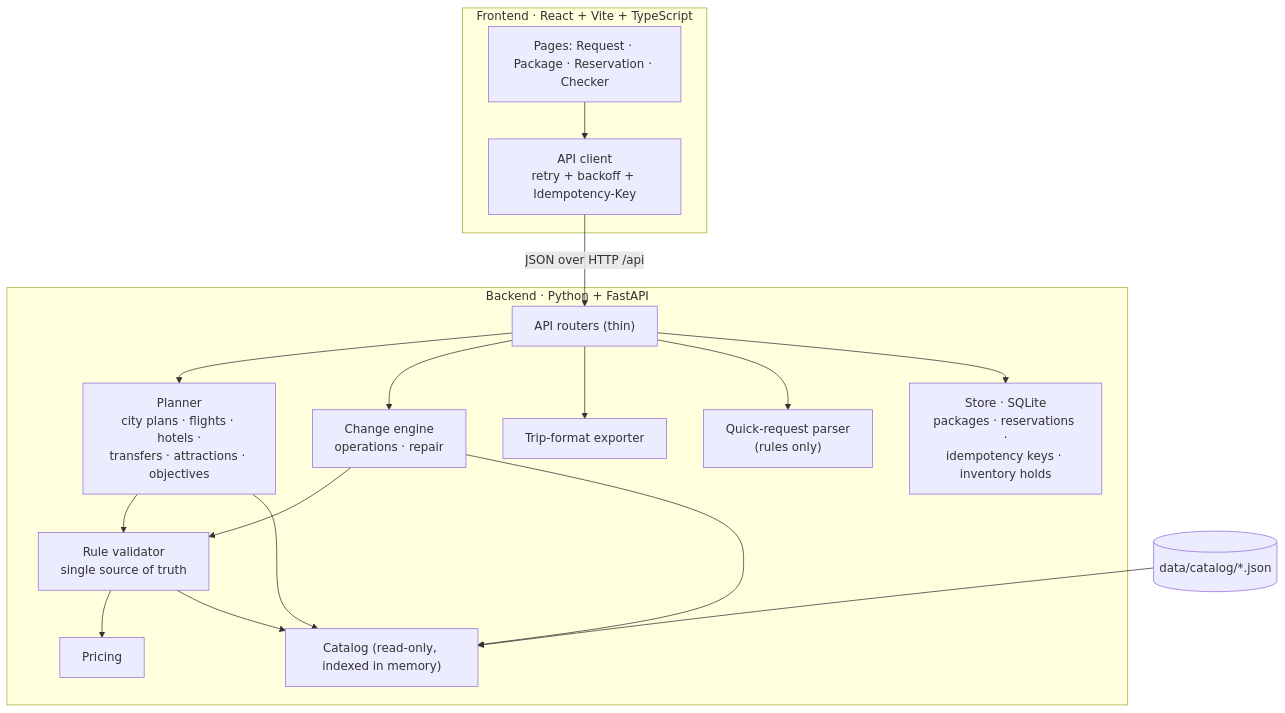
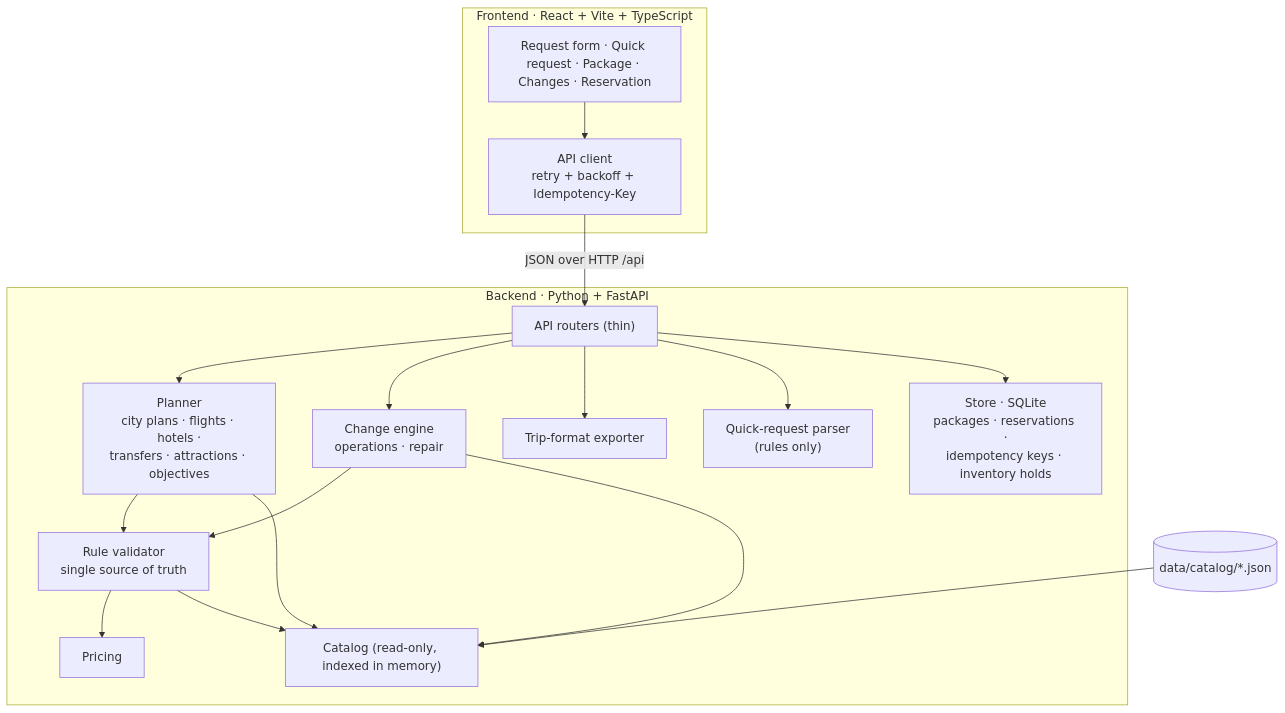
Before and after one commit to Shevilll/NeuroNix-Hackcellence: the second of 2 diagrams in README.md, drawn with Mermaid. The commit also changed other lines of this file, not shown here.

````diff
--- a/README.md
+++ b/README.md
@@ -124,29 +124,29 @@
 ```mermaid
 flowchart TB
     subgraph FE["Frontend · React + Vite + TypeScript"]
-        UI["Pages: Request · Package · Reservation · Checker"]
+        UI["Request form · Quick request · Package · Changes · Reservation"]
         CL["API client<br/>retry + backoff + Idempotency-Key"]
         UI --> CL
     end
 
     subgraph BE["Backend · Python + FastAPI"]
         API["API routers (thin)"]
         PL["Planner<br/>city plans · flights · hotels ·<br/>transfers · attractions · objectives"]
         CH["Change engine<br/>operations · repair"]
         RV["Rule validator<br/>single source of truth"]
         PR["Pricing"]
         EX["Trip-format exporter"]
         QP["Quick-request parser<br/>(rules only)"]
         CAT["Catalog (read-only, indexed in memory)"]
         ST["Store · SQLite<br/>packages · reservations ·<br/>idempotency keys · inventory holds"]
         API --> PL & CH & EX & QP
         PL --> RV
         CH --> RV
         RV --> PR
         PL & CH & RV --> CAT
         API --> ST
     end
 
     DATA[("data/catalog/*.json")] --> CAT
     CL -- "JSON over HTTP /api" --> API
 ```
````
